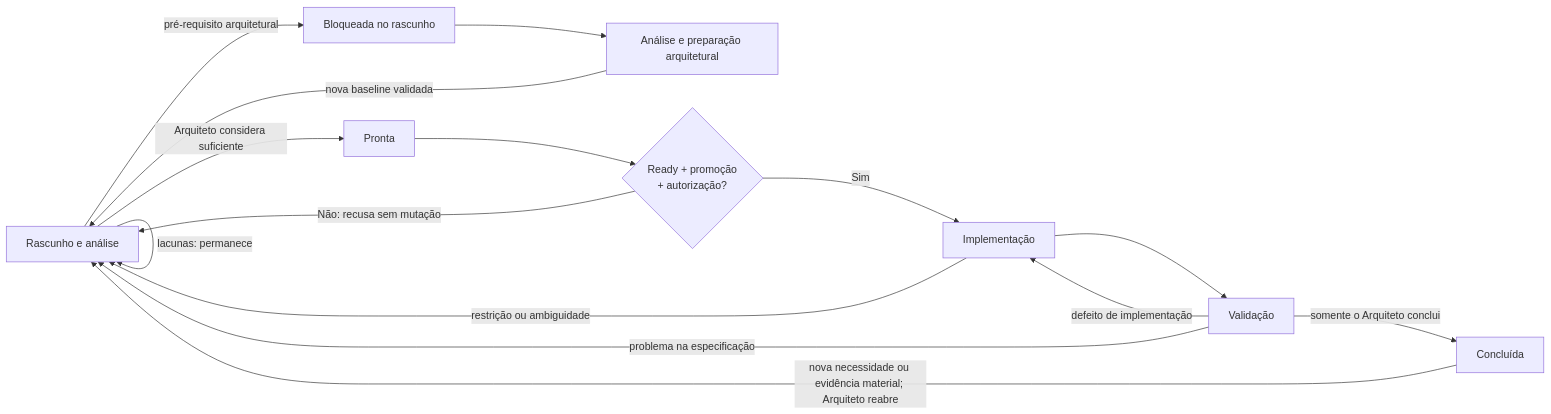
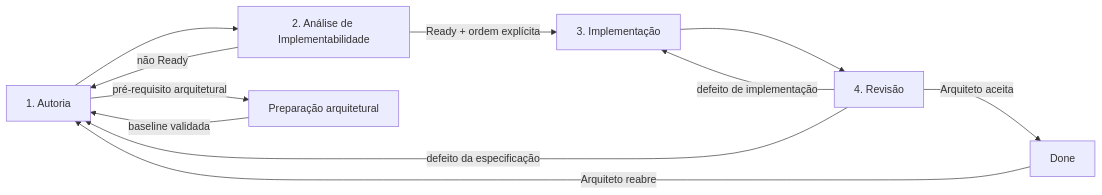
The first of 2 diagrams in README.md (iotsmartsys/EKM-guidelines), drawn with Mermaid before and after one commit. The commit also changed other lines of this file and 28 other files, not shown here.

````diff
--- a/README.md
+++ b/README.md
@@ -75,18 +81,13 @@
 ```mermaid
 flowchart LR
-    A["Rascunho e análise"] -->|"Arquiteto considera suficiente"| P["Pronta"]
-    A -->|"pré-requisito arquitetural"| B["Bloqueada no rascunho"]
-    B --> AP["Análise e preparação arquitetural"]
-    AP -->|"nova baseline validada"| A
-    P --> G{"Ready + promoção<br/>+ autorização?"}
-    G -->|"Sim"| I["Implementação"]
-    G -->|"Não: recusa sem mutação"| A
-    I --> V["Validação"]
-    V -->|"somente o Arquiteto conclui"| C["Concluída"]
-
-    A -->|"lacunas: permanece"| A
-    I -->|"restrição ou ambiguidade"| A
-    V -->|"defeito de implementação"| I
-    V -->|"problema na especificação"| A
-    C -->|"nova necessidade ou evidência material; Arquiteto reabre"| A
+    A["1. Autoria"] --> N["2. Análise de Implementabilidade"]
+    N -->|"Ready + ordem explícita"| I["3. Implementação"]
+    N -->|"não Ready"| A
+    I --> R["4. Revisão"]
+    R -->|"defeito de implementação"| I
+    R -->|"defeito da especificação"| A
+    R -->|"Arquiteto aceita"| C["Done"]
+    A -->|"pré-requisito arquitetural"| P["Preparação arquitetural"]
+    P -->|"baseline validada"| A
+    C -->|"Arquiteto reabre"| A
 ```
````
